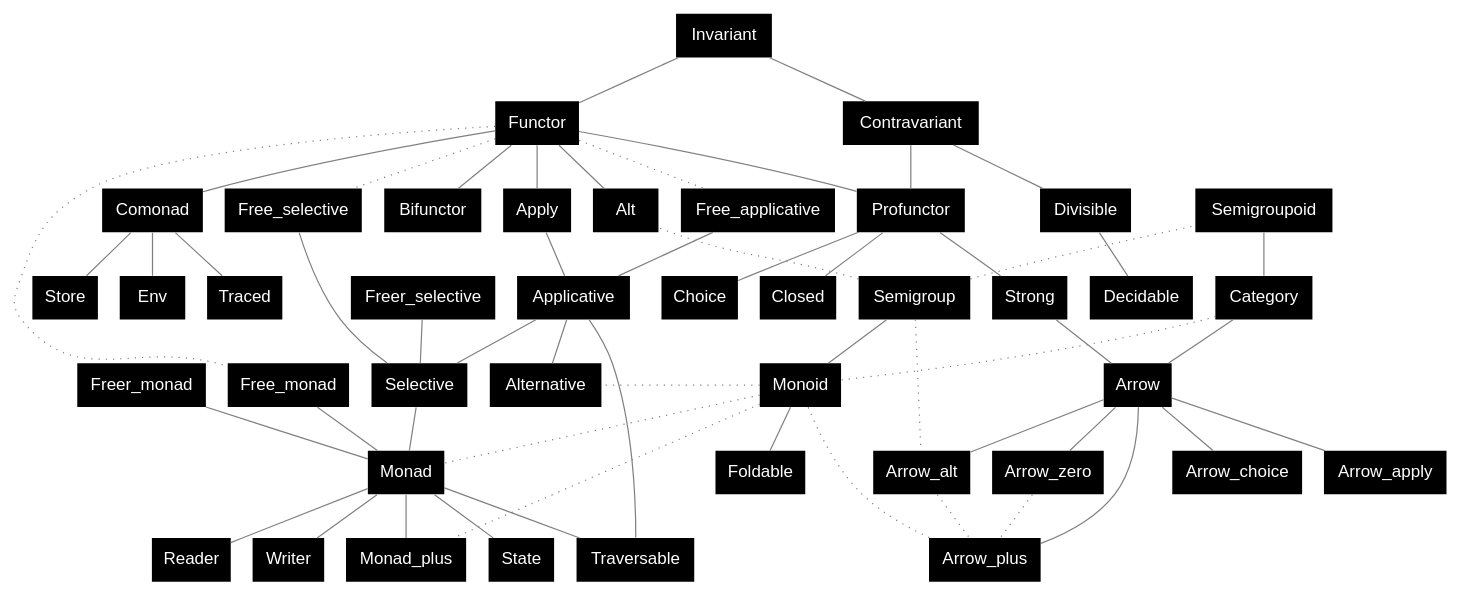
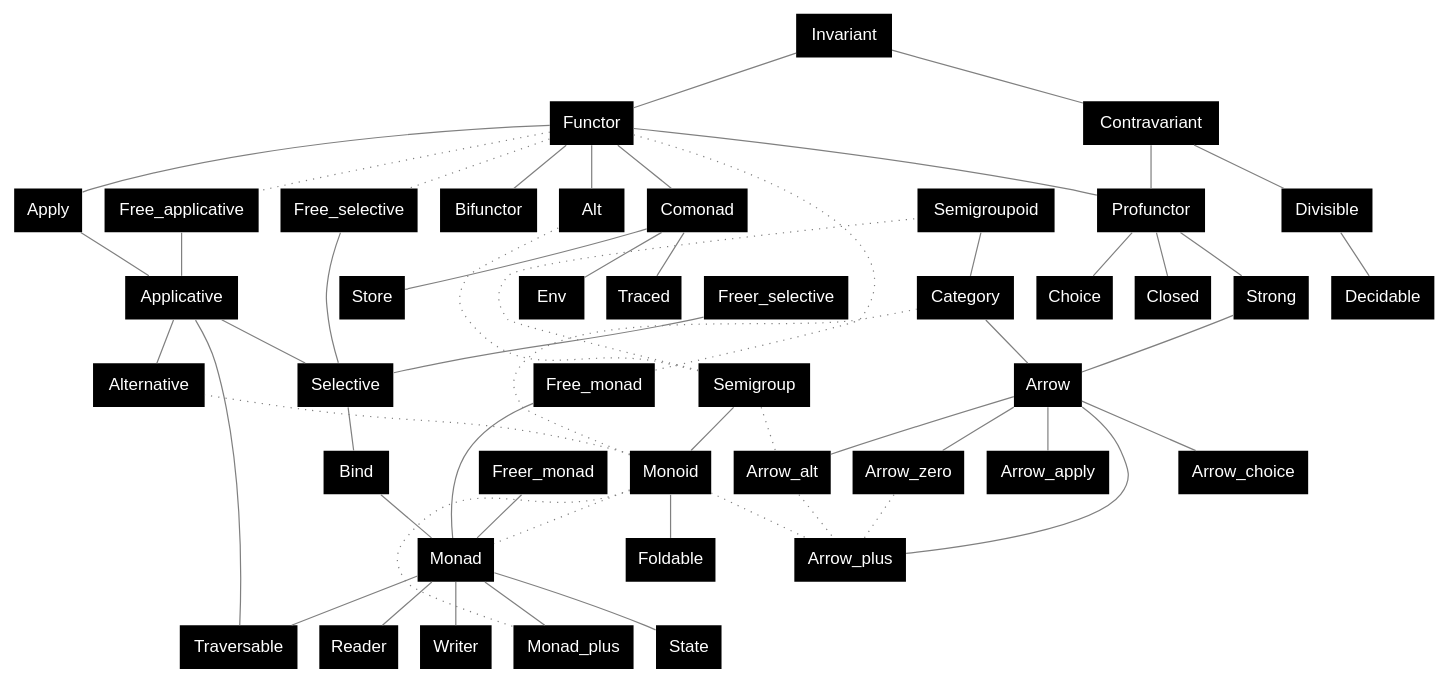
Before and after one commit to xvw/preface: the diagram in .github/dot/specs.dot, drawn with Graphviz. The commit also changed 24 other files, not shown here.

```diff
--- a/.github/dot/specs.dot
+++ b/.github/dot/specs.dot
@@ -1,70 +1,70 @@
 graph {
         node [shape=plaintext; fontname = "Helvetica"; style=filled; fillcolor=black; fontcolor=white];
         edge [color = gray];
 
         Invariant;
         Invariant -- Functor;
         Invariant -- Contravariant;
         Contravariant;
         Divisible;
         Decidable;
-        Functor -- Apply -- Applicative -- Selective --  Monad;
+        Functor -- Apply -- Applicative -- Selective -- Bind -- Monad;
         Applicative -- Alternative;
         Monad -- Monad_plus;
         Functor -- Alt;
         Functor -- Comonad;
         
         Semigroup -- Monoid;
         Monoid -- Alternative [style=dotted; arrowhead=none; constraint=false];
         Monoid -- Monad_plus [style=dotted; arrowhead=none; constraint=false];
         Semigroup -- Alt [style=dotted; arrowhead=none; constraint=false];
         Monoid -- Monad [style=dotted; arrowhead=none];
         Monoid -- Foldable;
 
         Functor -- Free_selective [style=dotted; arrowhead=none];
         Functor -- Free_applicative [style=dotted; arrowhead=none];
         Functor -- Free_monad [style=dotted; arrowhead=none];
         
         Free_selective -- Selective;
         Freer_selective -- Selective;
         Free_applicative -- Applicative;
         Free_monad -- Monad;
         Freer_monad -- Monad;
 
         Profunctor;
         Bifunctor;
 
         Contravariant -- Divisible -- Decidable;
         Contravariant -- Profunctor;
         Functor -- Profunctor;
         Functor -- Bifunctor;
 
-        Monad --State;
+        Monad -- State;
         Monad -- Reader;
         Monad -- Writer;
 
         Comonad -- Store;
         Comonad -- Env;
         Comonad -- Traced;
 
         Applicative -- Traversable;
         Monad -- Traversable;
 
         Semigroup -- Semigroupoid [style=dotted; arrowhead=none; constraint=false];
         Monoid -- Category [style=dotted; arrowhead=none; constraint=false];
         Semigroupoid -- Category
         Category -- Arrow;
         Profunctor -- Strong;
         Profunctor -- Choice;
         Profunctor -- Closed;
         Strong -- Arrow;
         Arrow -- Arrow_zero;
         Arrow -- Arrow_alt;
         Arrow -- Arrow_plus;
         Arrow -- Arrow_choice;
         Arrow -- Arrow_apply;
         Arrow_zero -- Arrow_plus [style=dotted; arrowhead=none];
         Arrow_alt -- Arrow_plus [style=dotted; arrowhead=none];
         Monoid -- Arrow_plus [style=dotted; arrowhead=none];
         Semigroup -- Arrow_alt [style=dotted; arrowhead=none];
 }
```
